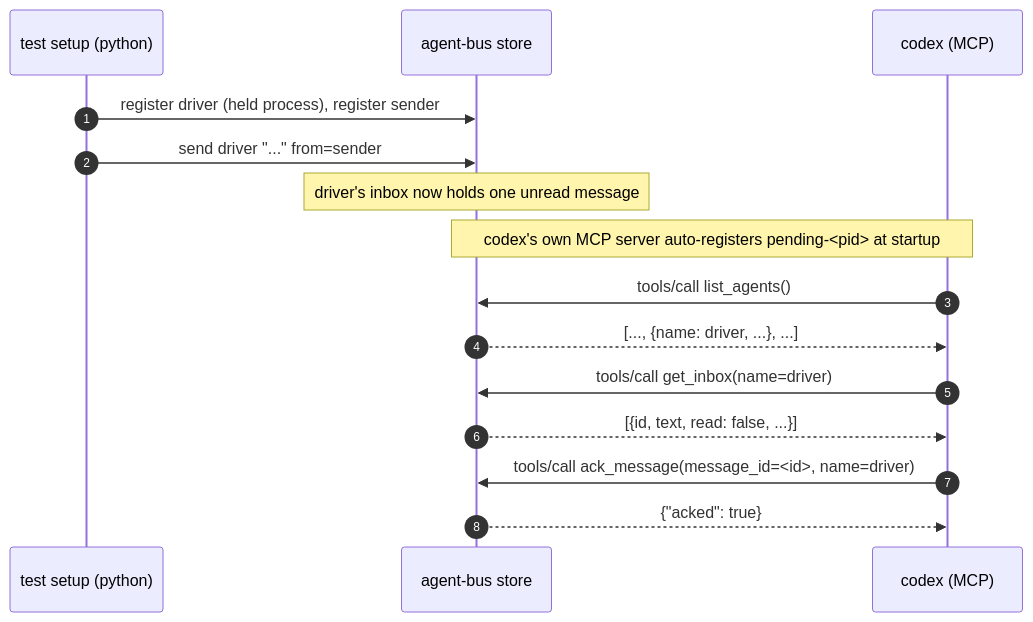
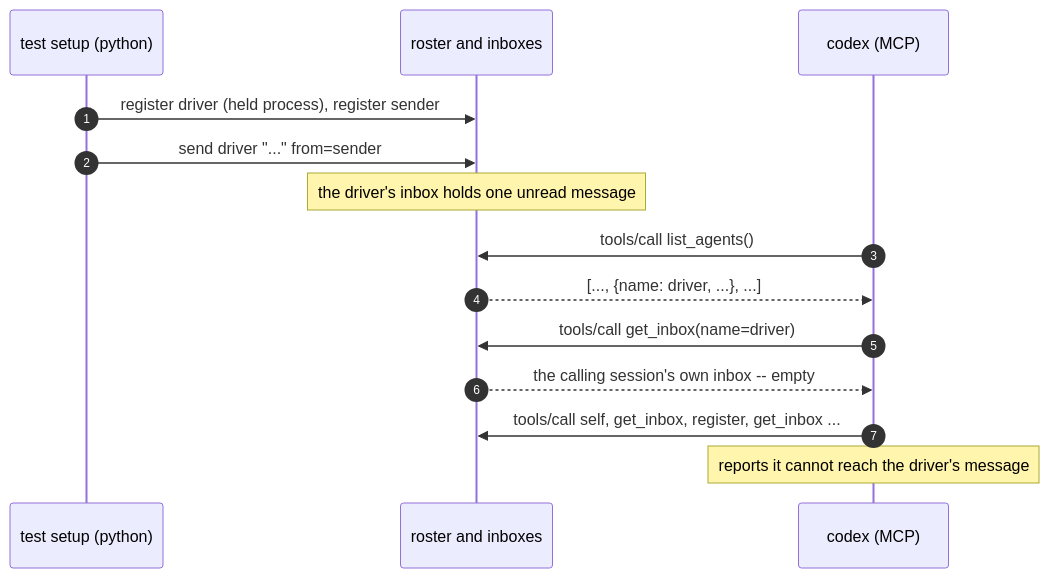
One commit to danbarua/agent-bus changed the diagram in tests/agent_bus/integration/test_mcp_inbox_and_ack_close_the_loop.md. Above: the diagram before and after it, drawn with Mermaid. The commit also changed other lines of this file and 20 other files, not shown here.

````diff
--- a/tests/agent_bus/integration/test_mcp_inbox_and_ack_close_the_loop.md
+++ b/tests/agent_bus/integration/test_mcp_inbox_and_ack_close_the_loop.md
@@ -41,18 +60,17 @@
 ```mermaid
 sequenceDiagram
     autonumber
     participant setup as test setup (python)
-    participant bus as agent-bus store
+    participant bus as roster and inboxes
     participant codex as codex (MCP)
 
     setup->>bus: register driver (held process), register sender
     setup->>bus: send driver "..." from=sender
-    Note over bus: driver's inbox now holds one unread message
-    Note over codex,bus: codex's own MCP server auto-registers pending-<pid> at startup
+    Note over bus: the driver's inbox holds one unread message
     codex->>bus: tools/call list_agents()
     bus-->>codex: [..., {name: driver, ...}, ...]
     codex->>bus: tools/call get_inbox(name=driver)
-    bus-->>codex: [{id, text, read: false, ...}]
-    codex->>bus: tools/call ack_message(message_id=<id>, name=driver)
-    bus-->>codex: {"acked": true}
+    bus-->>codex: the calling session's own inbox -- empty
+    codex->>bus: tools/call self, get_inbox, register, get_inbox ...
+    Note over codex: reports it cannot reach the driver's message
 ```
````
